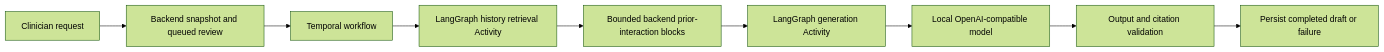
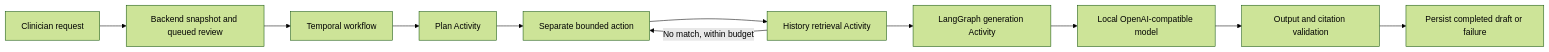
The diagram in services/chartreview/README.md (pedropcamellon/folium), drawn with Mermaid (forest theme) before and after one commit. The commit also changed other lines of this file and 9 other files, not shown here.

Commit message:
feat(chartreview): add plan-first bounded retrieval

````diff
--- a/services/chartreview/README.md
+++ b/services/chartreview/README.md
@@ -29,11 +33,13 @@
 ```mermaid
 flowchart LR
 	 C[Clinician request] --> B[Backend snapshot and queued review]
 	 B --> T[Temporal workflow]
-	 T --> H[LangGraph history retrieval Activity]
-	 H --> R[Bounded backend prior-interaction blocks]
+	 T --> H[Plan Activity]
+	 H --> A[Separate bounded action]
+	 A --> R[History retrieval Activity]
+	 R -->|No match, within budget| A
 	 R --> G[LangGraph generation Activity]
 	 G --> M[Local OpenAI-compatible model]
 	 M --> V[Output and citation validation]
 	 V --> P[Persist completed draft or failure]
 ```
````
